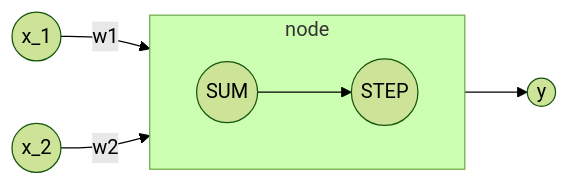
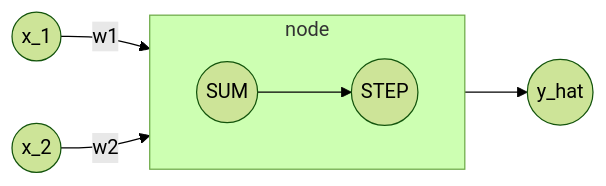
Before and after one commit to Jay-LEE-85/DeepLearning: the diagram in perceptron.qmd, drawn with Mermaid (forest theme). The commit also changed other lines of this file, not shown here.

````diff
--- a/perceptron.qmd
+++ b/perceptron.qmd
@@ -28,13 +29,13 @@
 ```{mermaid}
 %%| label: fig-perceptron1
 %%| fig-cap: "Basic of Perceptron"
 
 flowchart LR
   subgraph node
     direction LR
     node2_1((SUM)) --> node2_2((STEP))
   end
   node1_1((x_1)) --w1--> node2_1
   node1_2((x_2)) --w2--> node2_1
-  node2_2 --> node3((y))
+  node2_2 --> node3((y_hat))
 ```
````
